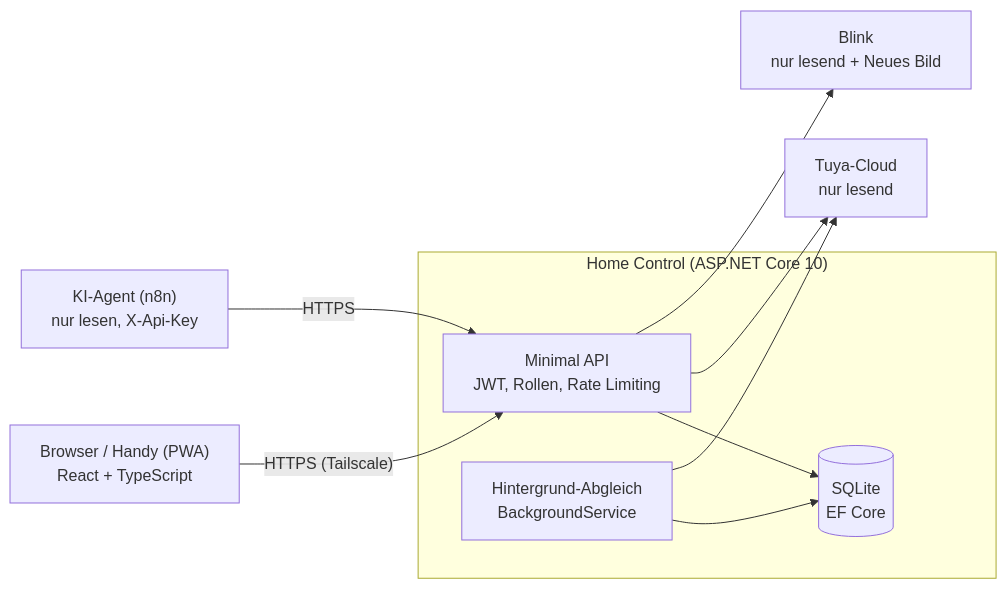
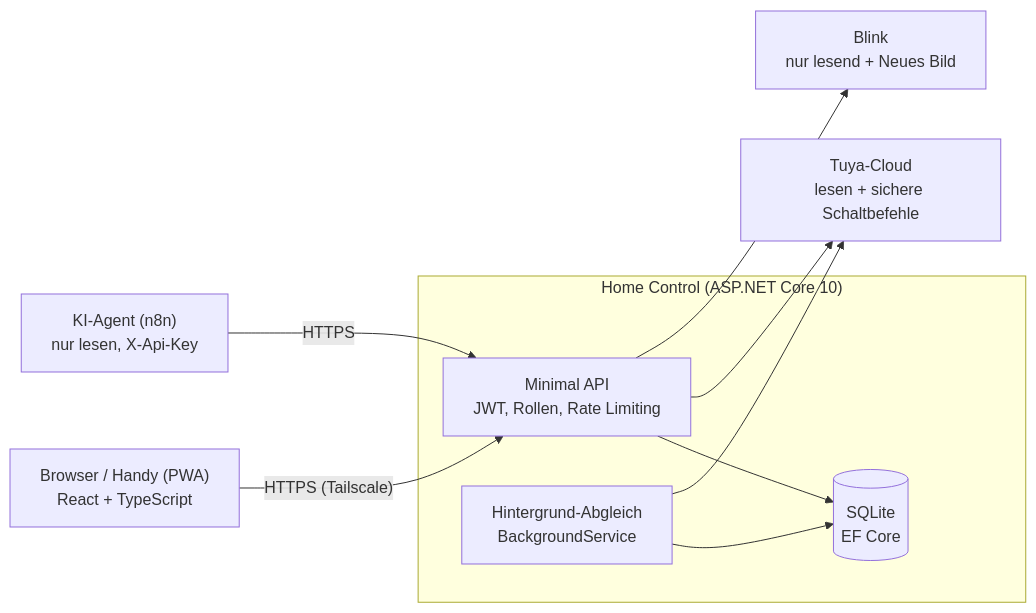
Before and after one commit to bmkbauservice-hue/Home-Control: the diagram in README.md, drawn with Mermaid. The commit also changed other lines of this file, not shown here.

````diff
--- a/README.md
+++ b/README.md
@@ -90,20 +92,20 @@
 ```mermaid
 flowchart LR
     Browser["Browser / Handy (PWA)<br>React + TypeScript"]
     Agent["KI-Agent (n8n)<br>nur lesen, X-Api-Key"]
     subgraph Server["Home Control (ASP.NET Core 10)"]
         API["Minimal API<br>JWT, Rollen, Rate Limiting"]
         Sync["Hintergrund-Abgleich<br>BackgroundService"]
         DB[("SQLite<br>EF Core")]
     end
-    Tuya["Tuya-Cloud<br>nur lesend"]
+    Tuya["Tuya-Cloud<br>lesen + sichere Schaltbefehle"]
     Blink["Blink<br>nur lesend + Neues Bild"]
 
     Browser -- "HTTPS (Tailscale)" --> API
     Agent -- HTTPS --> API
     API --> DB
     Sync --> DB
     Sync --> Tuya
     API --> Tuya
     API --> Blink
 ```
````
